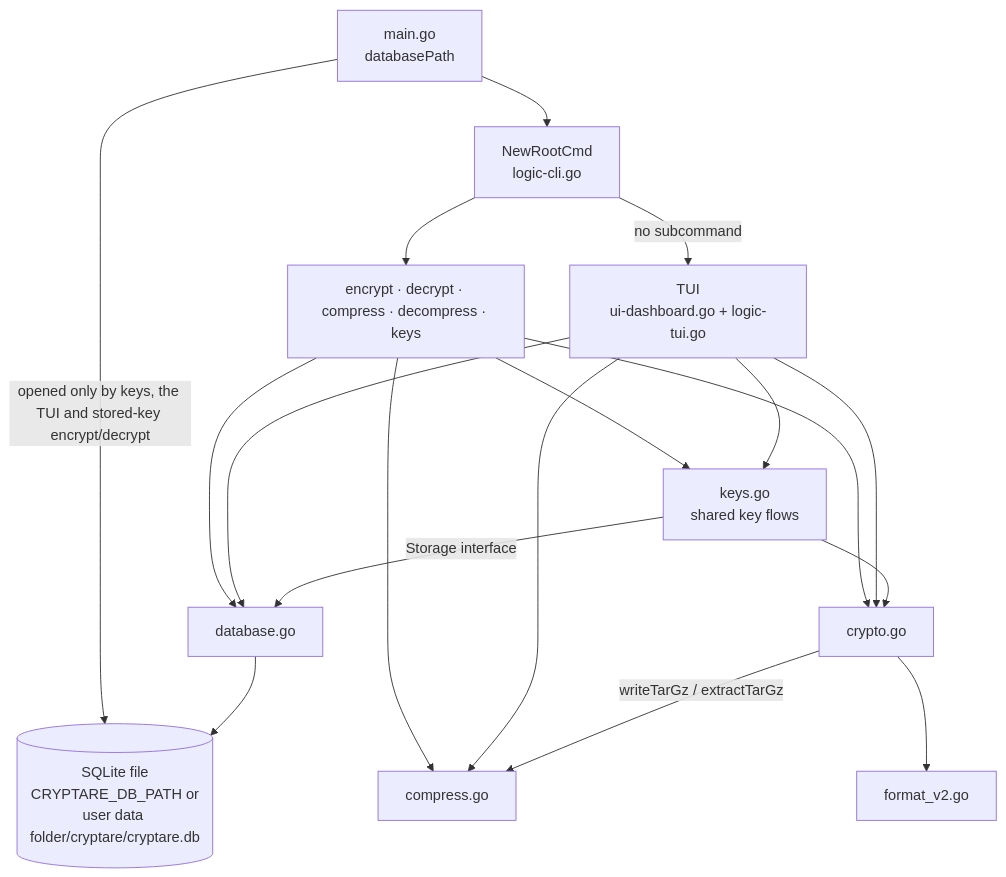
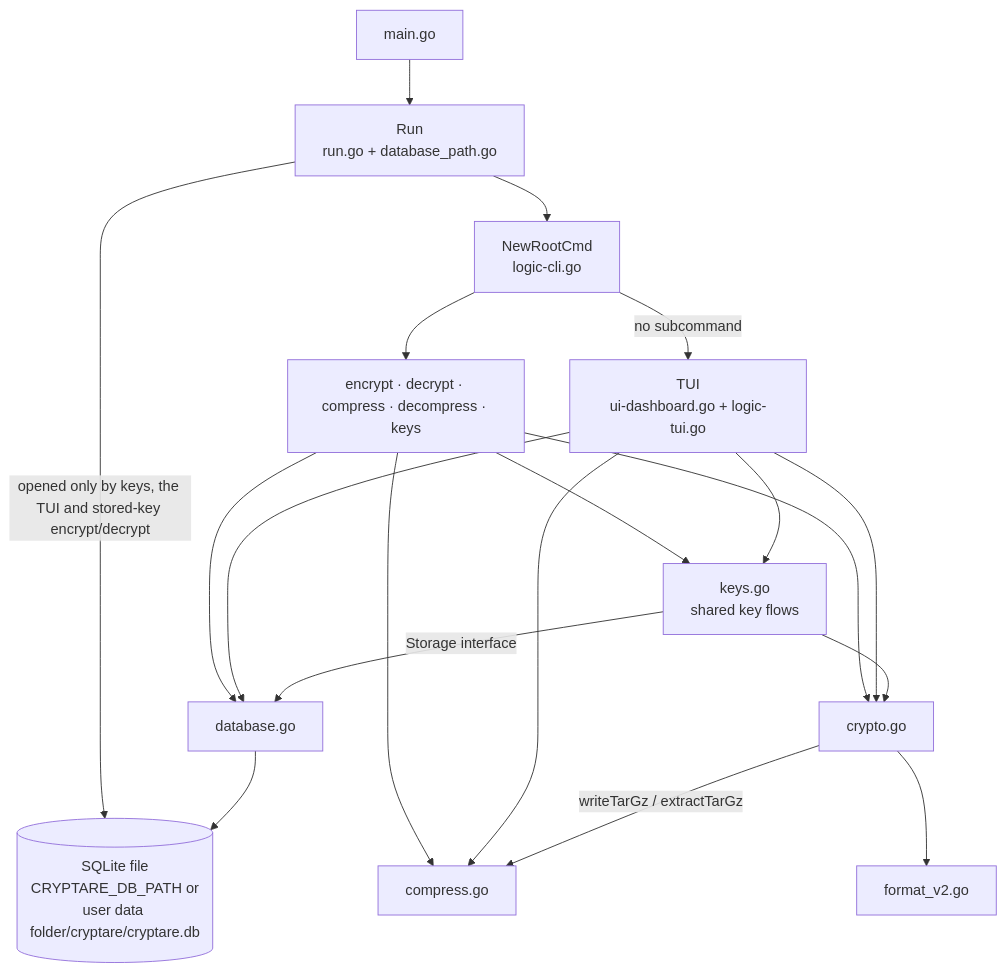
Before and after one commit to jabbott-iii/Cryptare: the first of 3 diagrams in intel/map.md, drawn with Mermaid. The commit also changed other lines of this file and 42 other files, not shown here.

````diff
--- a/intel/map.md
+++ b/intel/map.md
@@ -70,20 +72,21 @@
 ```mermaid
 flowchart TD
-  main["main.go<br/>databasePath"] -->|"opened only by keys, the TUI and stored-key encrypt/decrypt"| dbfile[("SQLite file<br/>CRYPTARE_DB_PATH or<br/>user data folder/cryptare/cryptare.db")]
+  entry["main.go"] --> main["Run<br/>run.go + database_path.go"]
+  main -->|"opened only by keys, the TUI and stored-key encrypt/decrypt"| dbfile[("SQLite file<br/>CRYPTARE_DB_PATH or<br/>user data folder/cryptare/cryptare.db")]
   main --> root["NewRootCmd<br/>logic-cli.go"]
   root -->|no subcommand| tui["TUI<br/>ui-dashboard.go + logic-tui.go"]
   root --> cli["encrypt · decrypt · compress · decompress · keys"]
   cli --> crypto["crypto.go"]
   cli --> compress["compress.go"]
   cli --> keys["keys.go<br/>shared key flows"]
   cli --> database["database.go"]
   tui --> crypto
   tui --> compress
   tui --> keys
   tui --> database
   keys -->|"Storage interface"| database
   keys --> crypto
   crypto -->|"writeTarGz / extractTarGz"| compress
   crypto --> format["format_v2.go"]
   database --> dbfile
 ```
````
